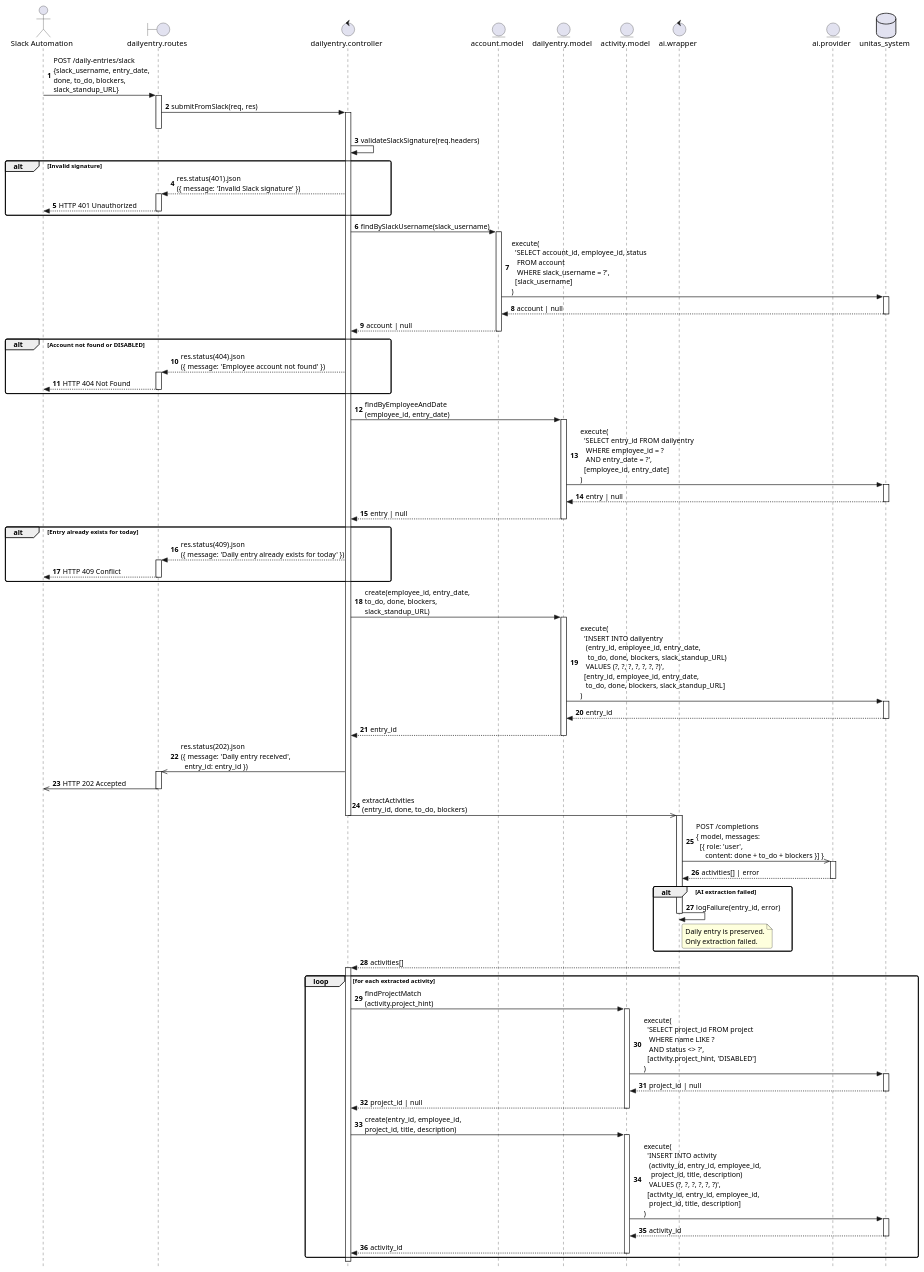
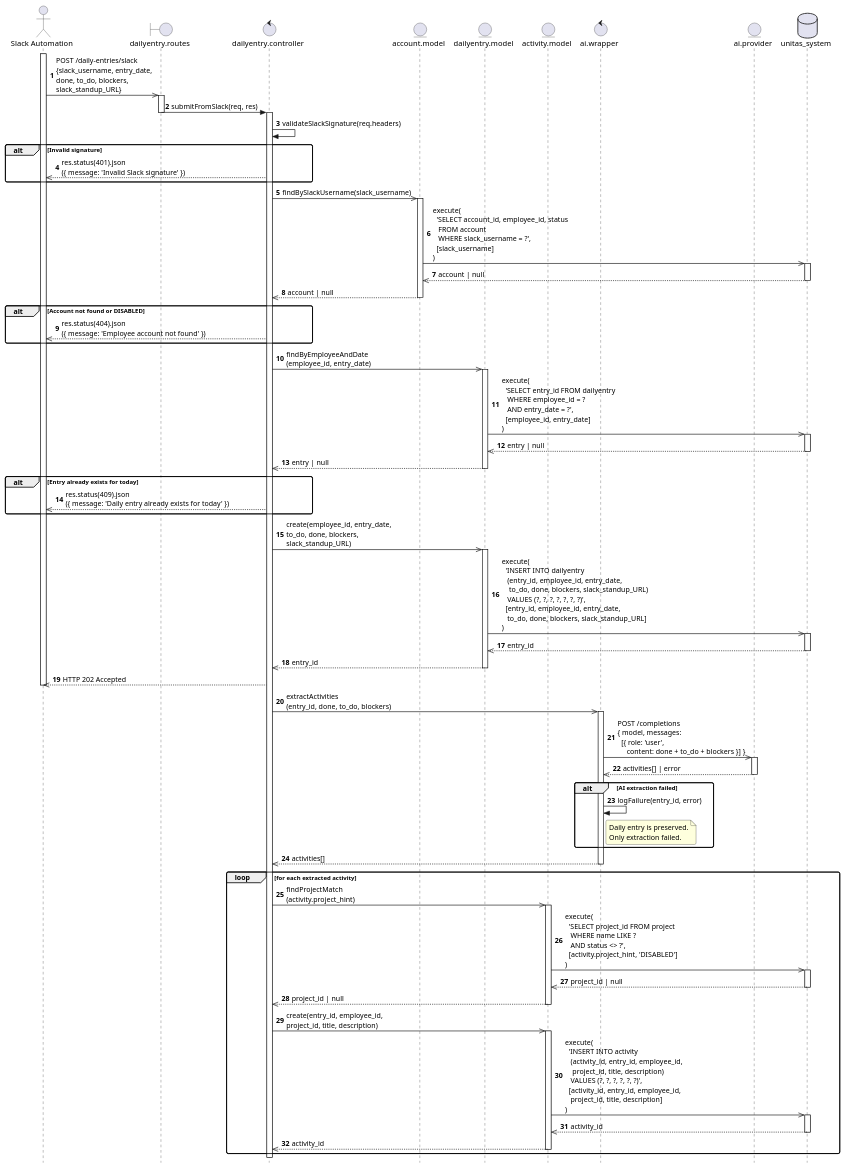
One commit to Berthou05/LimboSoftwareDevelopment_Change.org changed the diagram in documentation/sequence_diagrams/AL-01-SD.puml. Above: the diagram before and after it, drawn with PlantUML. The commit also changed 4 other files, not shown here.

Commit message:
[FIX] Corrected Slack input AL-01 sequence diagram

```diff
--- a/documentation/sequence_diagrams/AL-01-SD.puml
+++ b/documentation/sequence_diagrams/AL-01-SD.puml
@@ -1,123 +1,110 @@
 @startuml
 skinparam style strictuml
 skinparam sequenceArrowThickness 1.2
 skinparam roundcorner 6
 autonumber
 
 actor    "Slack Automation"       as Slack
 boundary "dailyentry.routes"      as Routes
 control  "dailyentry.controller"  as Controller
 entity   "account.model"          as AccountModel
 entity   "dailyentry.model"       as DailyEntryModel
 entity   "activity.model"         as ActivityModel
 control  "ai.wrapper"             as AIWrapper
 entity   "ai.provider"            as AIProvider
 database "unitas_system"          as DB
 
-Slack -> Routes : POST /daily-entries/slack\n{slack_username, entry_date,\ndone, to_do, blockers,\nslack_standup_URL}
+activate Slack
+Slack ->> Routes : POST /daily-entries/slack\n{slack_username, entry_date,\ndone, to_do, blockers,\nslack_standup_URL}
 activate Routes
 Routes -> Controller : submitFromSlack(req, res)
+deactivate Routes
 activate Controller
-deactivate Routes
 
 Controller -> Controller : validateSlackSignature(req.headers)
 
 alt Invalid signature
-    Controller --> Routes : res.status(401).json\n({ message: 'Invalid Slack signature' })
-    activate Routes
-    Routes --> Slack : HTTP 401 Unauthorized
-    deactivate Routes
+    Controller -->> Slack : res.status(401).json\n({ message: 'Invalid Slack signature' })
 end
 
-Controller -> AccountModel : findBySlackUsername(slack_username)
+Controller ->> AccountModel : findBySlackUsername(slack_username)
 activate AccountModel
-AccountModel -> DB : execute(\n  'SELECT account_id, employee_id, status\n   FROM account\n   WHERE slack_username = ?',\n  [slack_username]\n)
+AccountModel ->> DB : execute(\n  'SELECT account_id, employee_id, status\n   FROM account\n   WHERE slack_username = ?',\n  [slack_username]\n)
 activate DB
-DB --> AccountModel : account | null
+DB -->> AccountModel : account | null
 deactivate DB
-AccountModel --> Controller : account | null
+AccountModel -->> Controller : account | null
 deactivate AccountModel
 
 alt Account not found or DISABLED
-    Controller --> Routes : res.status(404).json\n({ message: 'Employee account not found' })
-    activate Routes
-    Routes --> Slack : HTTP 404 Not Found
-    deactivate Routes
+    Controller -->> Slack : res.status(404).json\n({ message: 'Employee account not found' })
 end
 
-Controller -> DailyEntryModel : findByEmployeeAndDate\n(employee_id, entry_date)
+Controller ->> DailyEntryModel : findByEmployeeAndDate\n(employee_id, entry_date)
 activate DailyEntryModel
-DailyEntryModel -> DB : execute(\n  'SELECT entry_id FROM dailyentry\n   WHERE employee_id = ?\n   AND entry_date = ?',\n  [employee_id, entry_date]\n)
+DailyEntryModel ->> DB : execute(\n  'SELECT entry_id FROM dailyentry\n   WHERE employee_id = ?\n   AND entry_date = ?',\n  [employee_id, entry_date]\n)
 activate DB
-DB --> DailyEntryModel : entry | null
+DB -->> DailyEntryModel : entry | null
 deactivate DB
-DailyEntryModel --> Controller : entry | null
+DailyEntryModel -->> Controller : entry | null
 deactivate DailyEntryModel
 
 alt Entry already exists for today
-    Controller --> Routes : res.status(409).json\n({ message: 'Daily entry already exists for today' })
-    activate Routes
-    Routes --> Slack : HTTP 409 Conflict
-    deactivate Routes
+    Controller -->> Slack : res.status(409).json\n({ message: 'Daily entry already exists for today' })
 end
 
-Controller -> DailyEntryModel : create(employee_id, entry_date,\nto_do, done, blockers,\nslack_standup_URL)
+Controller ->> DailyEntryModel : create(employee_id, entry_date,\nto_do, done, blockers,\nslack_standup_URL)
 activate DailyEntryModel
-DailyEntryModel -> DB : execute(\n  'INSERT INTO dailyentry\n   (entry_id, employee_id, entry_date,\n    to_do, done, blockers, slack_standup_URL)\n   VALUES (?, ?, ?, ?, ?, ?, ?)',\n  [entry_id, employee_id, entry_date,\n   to_do, done, blockers, slack_standup_URL]\n)
+DailyEntryModel ->> DB : execute(\n  'INSERT INTO dailyentry\n   (entry_id, employee_id, entry_date,\n    to_do, done, blockers, slack_standup_URL)\n   VALUES (?, ?, ?, ?, ?, ?, ?)',\n  [entry_id, employee_id, entry_date,\n   to_do, done, blockers, slack_standup_URL]\n)
 activate DB
-DB --> DailyEntryModel : entry_id
+DB -->> DailyEntryModel : entry_id
 deactivate DB
-DailyEntryModel --> Controller : entry_id
+DailyEntryModel -->> Controller : entry_id
 deactivate DailyEntryModel
 
-Controller ->> Routes : res.status(202).json\n({ message: 'Daily entry received',\n  entry_id: entry_id })
-activate Routes
-Routes ->> Slack : HTTP 202 Accepted
-deactivate Routes
+Controller -->> Slack : HTTP 202 Accepted
+deactivate Slack
 
 Controller ->> AIWrapper : extractActivities\n(entry_id, done, to_do, blockers)
-deactivate Controller
 activate AIWrapper
 AIWrapper ->> AIProvider : POST /completions\n{ model, messages:\n  [{ role: 'user',\n     content: done + to_do + blockers }] }
 activate AIProvider
-AIProvider --> AIWrapper : activities[] | error
+AIProvider -->> AIWrapper : activities[] | error
 deactivate AIProvider
 
 alt AI extraction failed
     AIWrapper -> AIWrapper : logFailure(entry_id, error)
     note right of AIWrapper
         Daily entry is preserved.
         Only extraction failed.
     end note
-    deactivate AIWrapper
 end
 
-AIWrapper --> Controller : activities[]
+AIWrapper -->> Controller : activities[]
 deactivate AIWrapper
-activate Controller
 
 loop for each extracted activity
 
-    Controller -> ActivityModel : findProjectMatch\n(activity.project_hint)
+    Controller ->> ActivityModel : findProjectMatch\n(activity.project_hint)
     activate ActivityModel
-    ActivityModel -> DB : execute(\n  'SELECT project_id FROM project\n   WHERE name LIKE ?\n   AND status <> ?',\n  [activity.project_hint, 'DISABLED']\n)
+    ActivityModel ->> DB : execute(\n  'SELECT project_id FROM project\n   WHERE name LIKE ?\n   AND status <> ?',\n  [activity.project_hint, 'DISABLED']\n)
     activate DB
-    DB --> ActivityModel : project_id | null
+    DB -->> ActivityModel : project_id | null
     deactivate DB
-    ActivityModel --> Controller : project_id | null
+    ActivityModel -->> Controller : project_id | null
     deactivate ActivityModel
 
-    Controller -> ActivityModel : create(entry_id, employee_id,\nproject_id, title, description)
+    Controller ->> ActivityModel : create(entry_id, employee_id,\nproject_id, title, description)
     activate ActivityModel
-    ActivityModel -> DB : execute(\n  'INSERT INTO activity\n   (activity_id, entry_id, employee_id,\n    project_id, title, description)\n   VALUES (?, ?, ?, ?, ?, ?)',\n  [activity_id, entry_id, employee_id,\n   project_id, title, description]\n)
+    ActivityModel ->> DB : execute(\n  'INSERT INTO activity\n   (activity_id, entry_id, employee_id,\n    project_id, title, description)\n   VALUES (?, ?, ?, ?, ?, ?)',\n  [activity_id, entry_id, employee_id,\n   project_id, title, description]\n)
     activate DB
-    DB --> ActivityModel : activity_id
+    DB -->> ActivityModel : activity_id
     deactivate DB
-    ActivityModel --> Controller : activity_id
+    ActivityModel -->> Controller : activity_id
     deactivate ActivityModel
 
 end
 
 deactivate Controller
 
 @enduml
```
